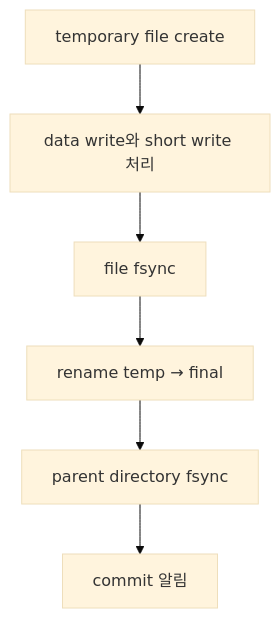
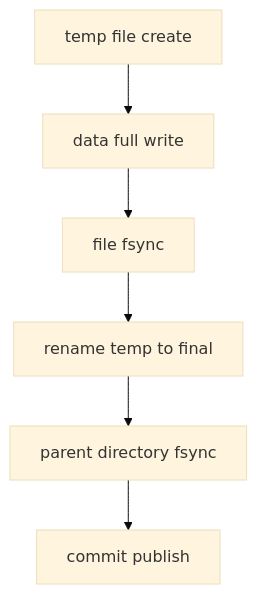
One commit to mj006648/netai-devsecops-runbook changed the third of 3 diagrams in learning/ubuntu-linux-internals/11-io-uring-ordering-errors-and-fsync.md. Above: the diagram before and after it, drawn with Mermaid (base theme). The commit also changed other lines of this file and 68 other files, not shown here.

````diff
--- a/learning/ubuntu-linux-internals/11-io-uring-ordering-errors-and-fsync.md
+++ b/learning/ubuntu-linux-internals/11-io-uring-ordering-errors-and-fsync.md
@@ -159,8 +126,8 @@
-```mermaid
+~~~mermaid
 flowchart TD
-    C["temporary file create"] --> W["data write와 short write 처리"]
-    W --> FF["file fsync"]
-    FF --> RN["rename temp → final"]
-    RN --> DF["parent directory fsync"]
-    DF --> OK["commit 알림"]
-```
+ C[temp file create] --> W[data full write]
+ W --> FF[file fsync]
+ FF --> R[rename temp to final]
+ R --> DF[parent directory fsync]
+ DF --> P[commit publish]
+~~~
````
